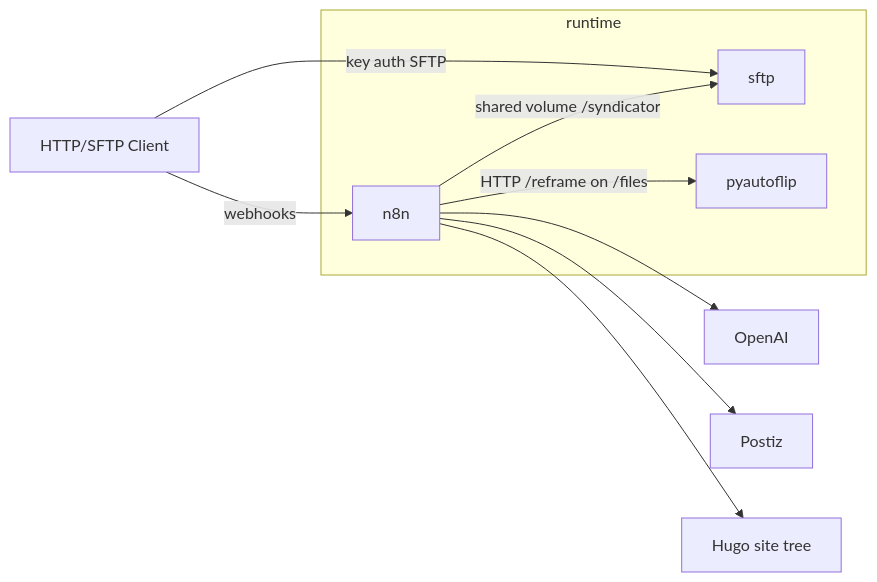
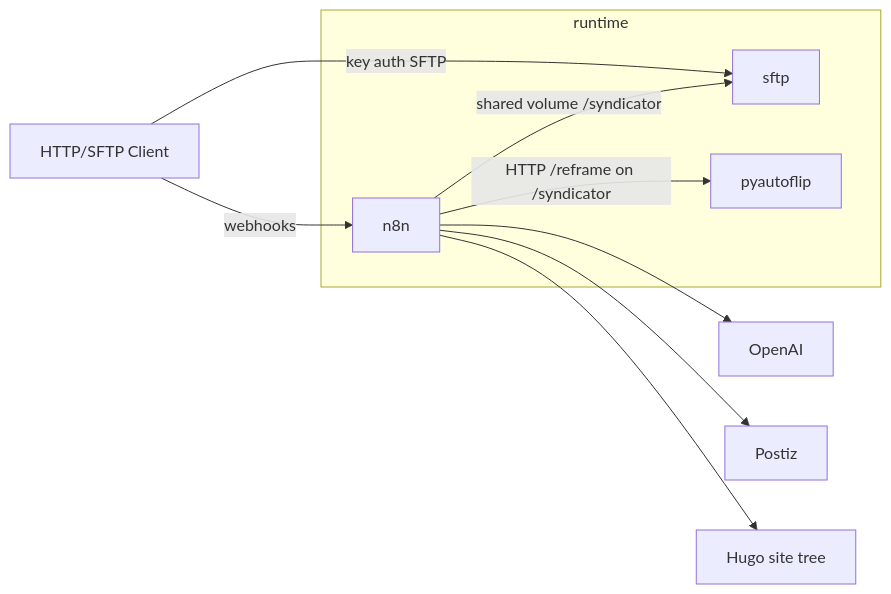
One commit to bbaumgartner/syndicator changed the second of 2 diagrams in README.md. Above: the diagram before and after it, drawn with Mermaid. The commit also changed other lines of this file and 8 other files, not shown here.

````diff
--- a/README.md
+++ b/README.md
@@ -233,16 +241,16 @@
 ```mermaid
 flowchart LR
   Caller["HTTP/SFTP Client"]
   subgraph runtime ["runtime"]
     SFTP["sftp"]
     N8N["n8n"]
     PyAF["pyautoflip"]
   end
   Caller -->|key auth SFTP| SFTP
   Caller -->|webhooks| N8N
   N8N -->|shared volume /syndicator| SFTP
-  N8N -->|HTTP /reframe on /files| PyAF
+  N8N -->|HTTP /reframe on /syndicator| PyAF
   N8N --> OpenAI["OpenAI"]
   N8N --> Postiz["Postiz"]
   N8N --> Hugo["Hugo site tree"]
 ```
````
